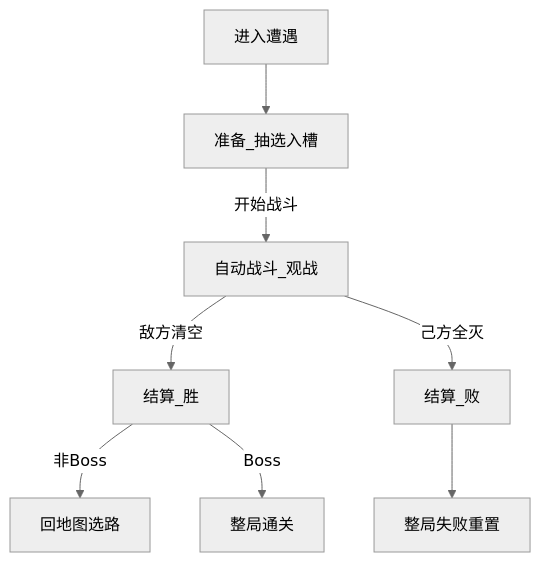
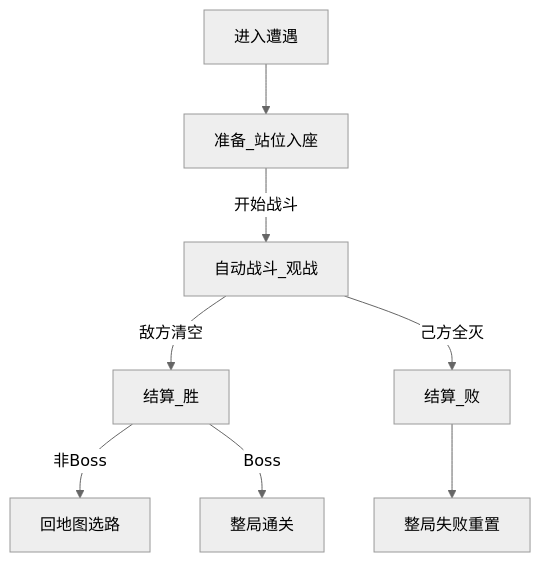
The diagram in Documents/Features/COMBAT.md (Kanerickyz/Godot-Project---Clash-royale-like-Game), drawn with Mermaid (neutral theme) before and after one commit. The commit also changed other lines of this file and 9 other files, not shown here.

````diff
--- a/Documents/Features/COMBAT.md
+++ b/Documents/Features/COMBAT.md
@@ -87,10 +87,10 @@
 ```mermaid
 flowchart TD
-  Enter[进入遭遇] --> Prep[准备_抽选入槽]
+  Enter[进入遭遇] --> Prep[准备_站位入座]
   Prep -->|开始战斗| Combat[自动战斗_观战]
   Combat -->|敌方清空| WinResolve[结算_胜]
   Combat -->|己方全灭| LoseResolve[结算_败]
   WinResolve -->|非Boss| BackMap[回地图选路]
   WinResolve -->|Boss| RunWin[整局通关]
   LoseResolve --> RunLose[整局失败重置]
 ```
````
